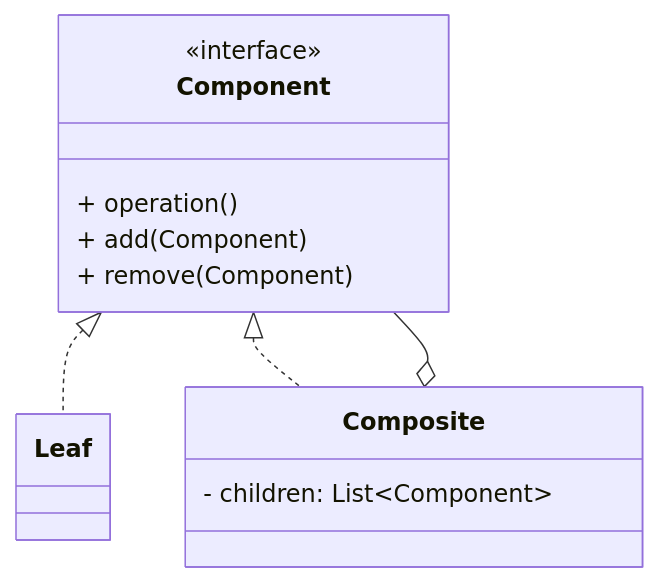
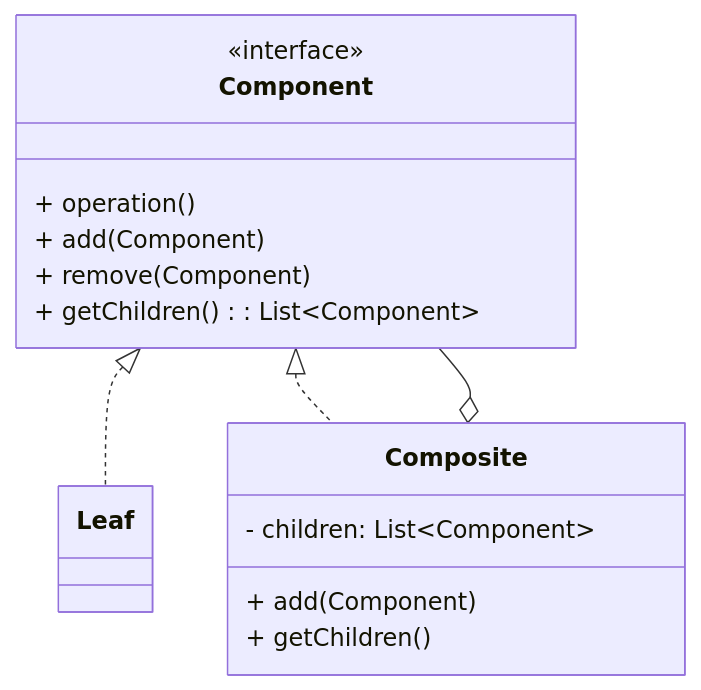
Before and after one commit to tghrxxxyyy/knowledge-base: the diagram in 设计模式/结构型/组合模式.md, drawn with Mermaid. The commit also changed other lines of this file and 101 other files, not shown here.

````diff
--- a/设计模式/结构型/组合模式.md
+++ b/设计模式/结构型/组合模式.md
@@ -10,16 +13,19 @@
 ```mermaid
 classDiagram
     class Component {
         <<interface>>
         + operation()
         + add(Component)
         + remove(Component)
+        + getChildren(): List~Component~
     }
     class Leaf
     class Composite {
         - children: List~Component~
+        + add(Component)
+        + getChildren()
     }
     Component <|.. Leaf
     Component <|.. Composite
     Composite o-- Component
 ```
````
